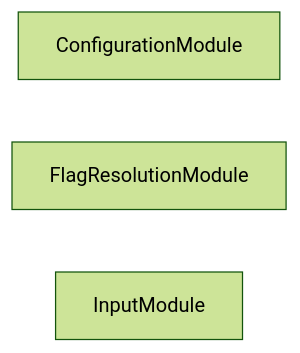
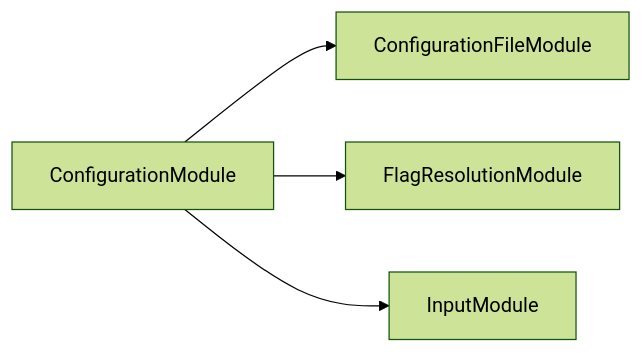
Before and after one commit to JimmyPaolini/codebase: the second of 3 diagrams in packages/ic-suite/callidescope/callidescope-configuration/README.md, drawn with Mermaid (forest theme). The commit also changed other lines of this file and 165 other files, not shown here.

````diff
--- a/packages/ic-suite/callidescope/callidescope-configuration/README.md
+++ b/packages/ic-suite/callidescope/callidescope-configuration/README.md
@@ -684,6 +688,10 @@
 ```mermaid
 flowchart LR
+  ConfigurationFileModule
   ConfigurationModule
   FlagResolutionModule
   InputModule
+  ConfigurationModule --> ConfigurationFileModule
+  ConfigurationModule --> FlagResolutionModule
+  ConfigurationModule --> InputModule
 ```
````
